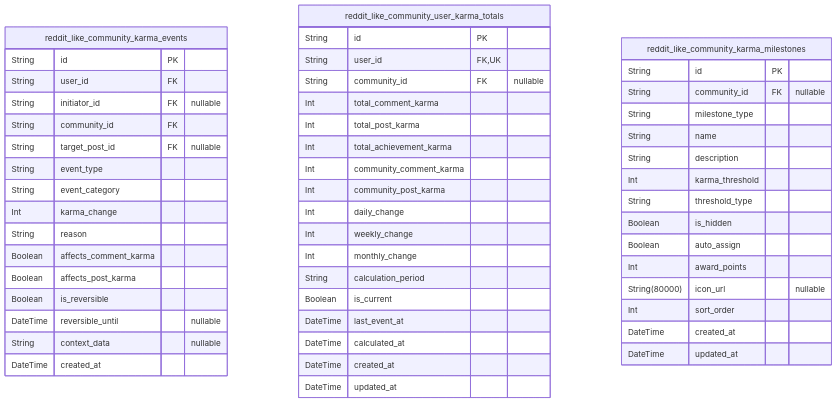
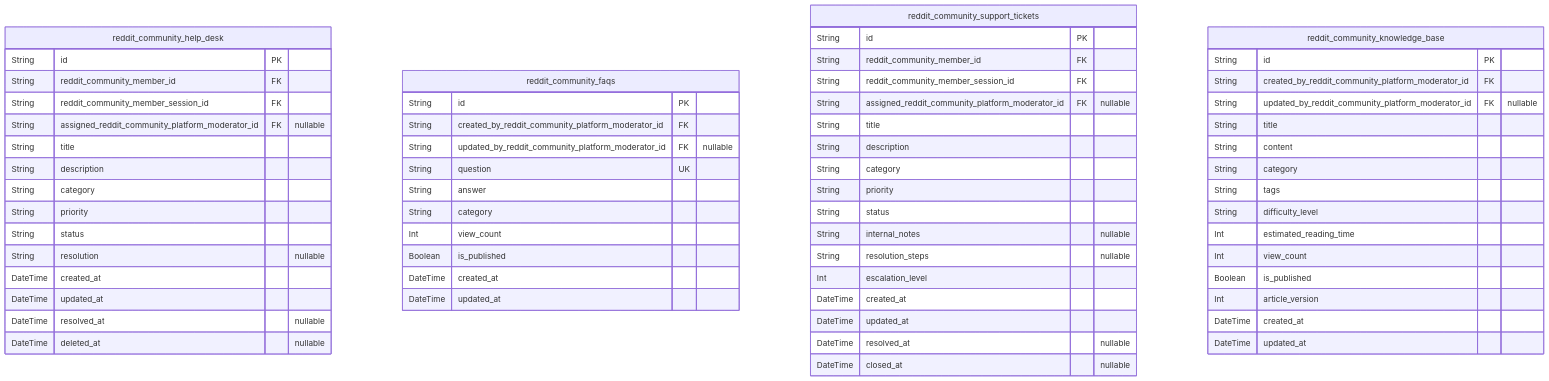
One commit to wrtnlabs/autobe-examples changed the eighth of 8 diagrams in moonshotai/kimi-k2-0905-exacto/reddit/docs/ERD.md. Above: the diagram before and after it, drawn with Mermaid. The commit also changed other lines of this file and 22498 other files, not shown here.

````diff
--- a/moonshotai/kimi-k2-0905-exacto/reddit/docs/ERD.md
+++ b/moonshotai/kimi-k2-0905-exacto/reddit/docs/ERD.md
@@ -1686,55 +1651,65 @@
 ```mermaid
 erDiagram
-"reddit_like_community_karma_events" {
+"reddit_community_help_desk" {
   String id PK
-  String user_id FK
-  String initiator_id FK "nullable"
-  String community_id FK
-  String target_post_id FK "nullable"
-  String event_type
-  String event_category
-  Int karma_change
-  String reason
-  Boolean affects_comment_karma
-  Boolean affects_post_karma
-  Boolean is_reversible
-  DateTime reversible_until "nullable"
-  String context_data "nullable"
+  String reddit_community_member_id FK
+  String reddit_community_member_session_id FK
+  String assigned_reddit_community_platform_moderator_id FK "nullable"
+  String title
+  String description
+  String category
+  String priority
+  String status
+  String resolution "nullable"
   DateTime created_at
+  DateTime updated_at
+  DateTime resolved_at "nullable"
+  DateTime deleted_at "nullable"
 }
-"reddit_like_community_user_karma_totals" {
+"reddit_community_faqs" {
   String id PK
-  String user_id FK,UK
-  String community_id FK "nullable"
-  Int total_comment_karma
-  Int total_post_karma
-  Int total_achievement_karma
-  Int community_comment_karma
-  Int community_post_karma
-  Int daily_change
-  Int weekly_change
-  Int monthly_change
-  String calculation_period
-  Boolean is_current
-  DateTime last_event_at
-  DateTime calculated_at
+  String created_by_reddit_community_platform_moderator_id FK
+  String updated_by_reddit_community_platform_moderator_id FK "nullable"
+  String question UK
+  String answer
+  String category
+  Int view_count
+  Boolean is_published
   DateTime created_at
   DateTime updated_at
 }
-"reddit_like_community_karma_milestones" {
+"reddit_community_support_tickets" {
   String id PK
-  String community_id FK "nullable"
-  String milestone_type
-  String name
+  String reddit_community_member_id FK
+  String reddit_community_member_session_id FK
+  String assigned_reddit_community_platform_moderator_id FK "nullable"
+  String title
   String description
-  Int karma_threshold
-  String threshold_type
-  Boolean is_hidden
-  Boolean auto_assign
-  Int award_points
-  String(80000) icon_url "nullable"
-  Int sort_order
+  String category
+  String priority
+  String status
+  String internal_notes "nullable"
+  String resolution_steps "nullable"
+  Int escalation_level
+  DateTime created_at
+  DateTime updated_at
+  DateTime resolved_at "nullable"
+  DateTime closed_at "nullable"
+}
+"reddit_community_knowledge_base" {
+  String id PK
+  String created_by_reddit_community_platform_moderator_id FK
+  String updated_by_reddit_community_platform_moderator_id FK "nullable"
+  String title
+  String content
+  String category
+  String tags
+  String difficulty_level
+  Int estimated_reading_time
+  Int view_count
+  Boolean is_published
+  Int article_version
   DateTime created_at
   DateTime updated_at
 }
 ```
````
